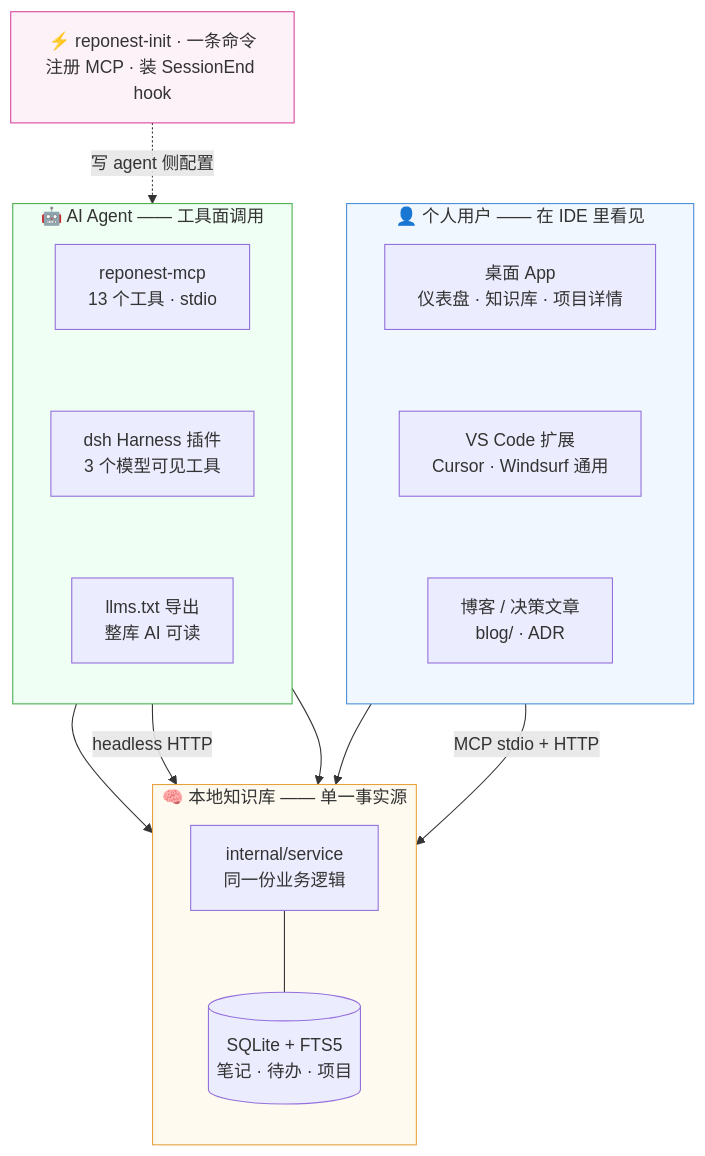
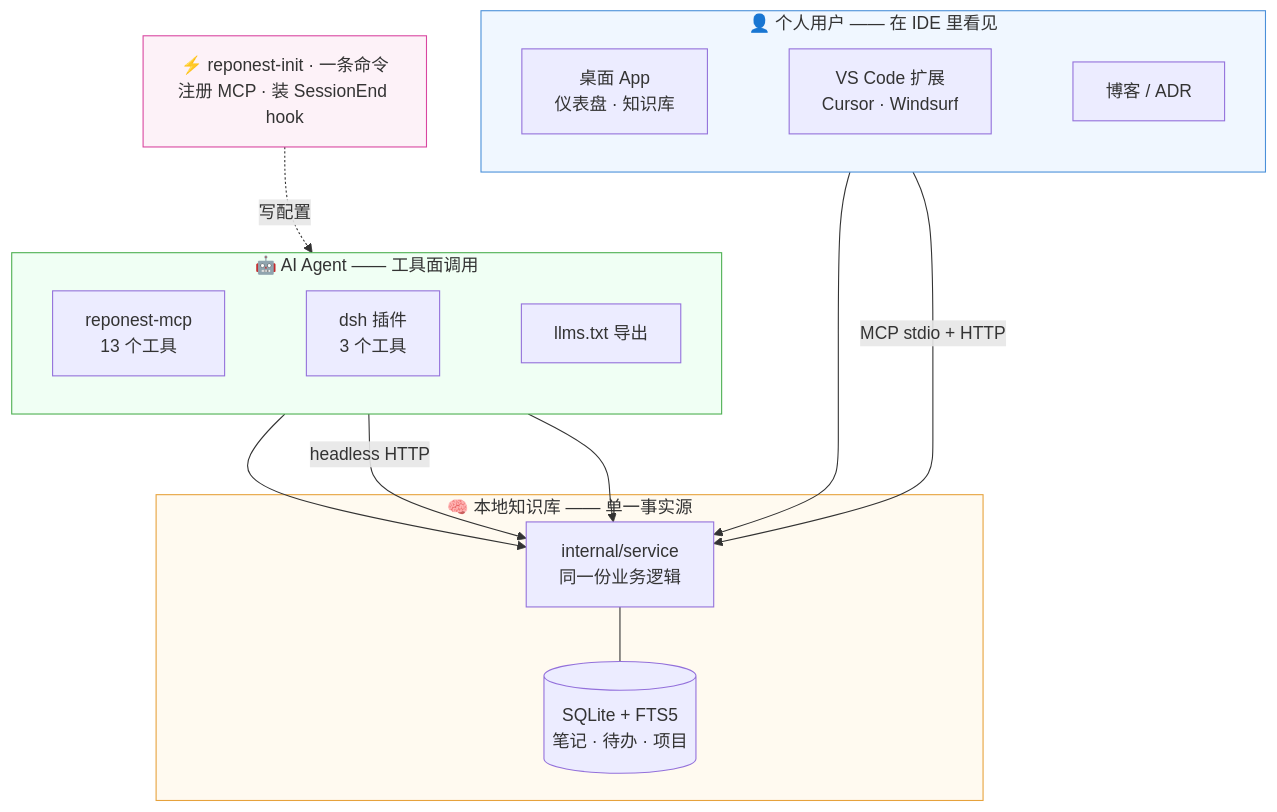
The third of 3 diagrams in docs/index.md (sky-jiangcheng/RepoNest), drawn with Mermaid before and after one commit. The commit also changed other lines of this file and 8 other files, not shown here.

Commit message:
docs(diagrams): improve readability of dense architecture diagrams

````diff
--- a/docs/index.md
+++ b/docs/index.md
@@ -69,37 +69,37 @@
 ```mermaid
 flowchart TB
     subgraph HUMAN["👤 个人用户 —— 在 IDE 里看见"]
-        direction TB
-        DESKTOP["桌面 App<br/>仪表盘 · 知识库 · 项目详情"]
-        VSCODE["VS Code 扩展<br/>Cursor · Windsurf 通用"]
-        BLOG["博客 / 决策文章<br/>blog/ · ADR"]
+        direction LR
+        DESKTOP["桌面 App<br/>仪表盘 · 知识库"]
+        VSCODE["VS Code 扩展<br/>Cursor · Windsurf"]
+        BLOG["博客 / ADR"]
         DESKTOP ~~~ VSCODE ~~~ BLOG
     end
 
     subgraph AGENT["🤖 AI Agent —— 工具面调用"]
-        direction TB
-        MCP["reponest-mcp<br/>13 个工具 · stdio"]
-        DSH["dsh Harness 插件<br/>3 个模型可见工具"]
-        LLMSTXT["llms.txt 导出<br/>整库 AI 可读"]
+        direction LR
+        MCP["reponest-mcp<br/>13 个工具"]
+        DSH["dsh 插件<br/>3 个工具"]
+        LLMSTXT["llms.txt 导出"]
         MCP ~~~ DSH ~~~ LLMSTXT
     end
 
     subgraph CORE["🧠 本地知识库 —— 单一事实源"]
-        direction TB
         SERVICE["internal/service<br/>同一份业务逻辑"] --- DB[("SQLite + FTS5<br/>笔记 · 待办 · 项目")]
     end
 
+    HUMAN ~~~ AGENT ~~~ CORE
     DESKTOP --> SERVICE
     VSCODE -->|"MCP stdio + HTTP"| SERVICE
     MCP --> SERVICE
     DSH -->|"headless HTTP"| SERVICE
     LLMSTXT --> SERVICE
 
     INIT["⚡ reponest-init · 一条命令<br/>注册 MCP · 装 SessionEnd hook"]
-    INIT -.->|"写 agent 侧配置"| MCP
+    INIT -.->|"写配置"| MCP
 
     style HUMAN fill:#f0f7ff,stroke:#4a90d9
     style AGENT fill:#f0fff4,stroke:#4caf50
     style CORE fill:#fffaf0,stroke:#e6a23c
     style INIT fill:#fdf2f8,stroke:#d946a0
 ```
````
